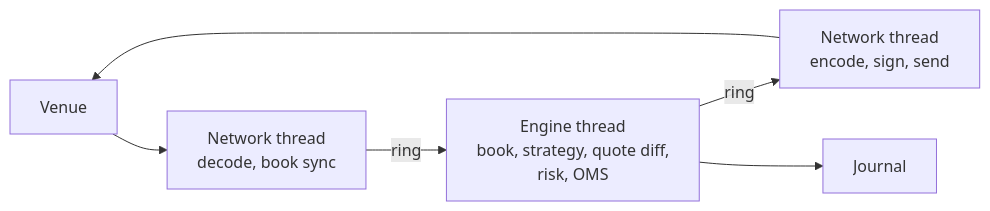
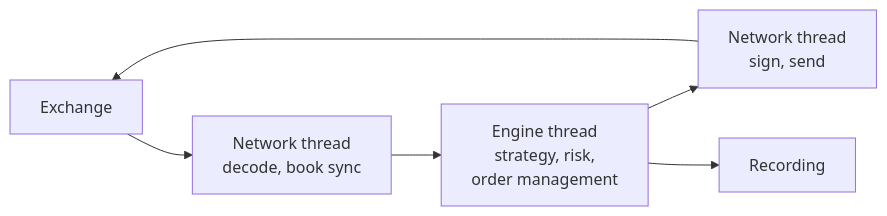
The second of 2 diagrams in README.md (ziyangliu-666/FastMM), drawn with Mermaid before and after one commit. The commit also changed other lines of this file and 1 other file, not shown here.

````diff
--- a/README.md
+++ b/README.md
@@ -105,8 +105,8 @@
 ```mermaid
 flowchart LR
-    V[Venue] --> N[Network thread<br/>decode, book sync]
-    N -- ring --> E[Engine thread<br/>book, strategy, quote diff,<br/>risk, OMS]
-    E -- ring --> O[Network thread<br/>encode, sign, send]
+    V[Exchange] --> N[Network thread<br/>decode, book sync]
+    N --> E[Engine thread<br/>strategy, risk,<br/>order management]
+    E --> O[Network thread<br/>sign, send]
     O --> V
-    E --> J[Journal]
+    E --> J[Recording]
 ```
````
